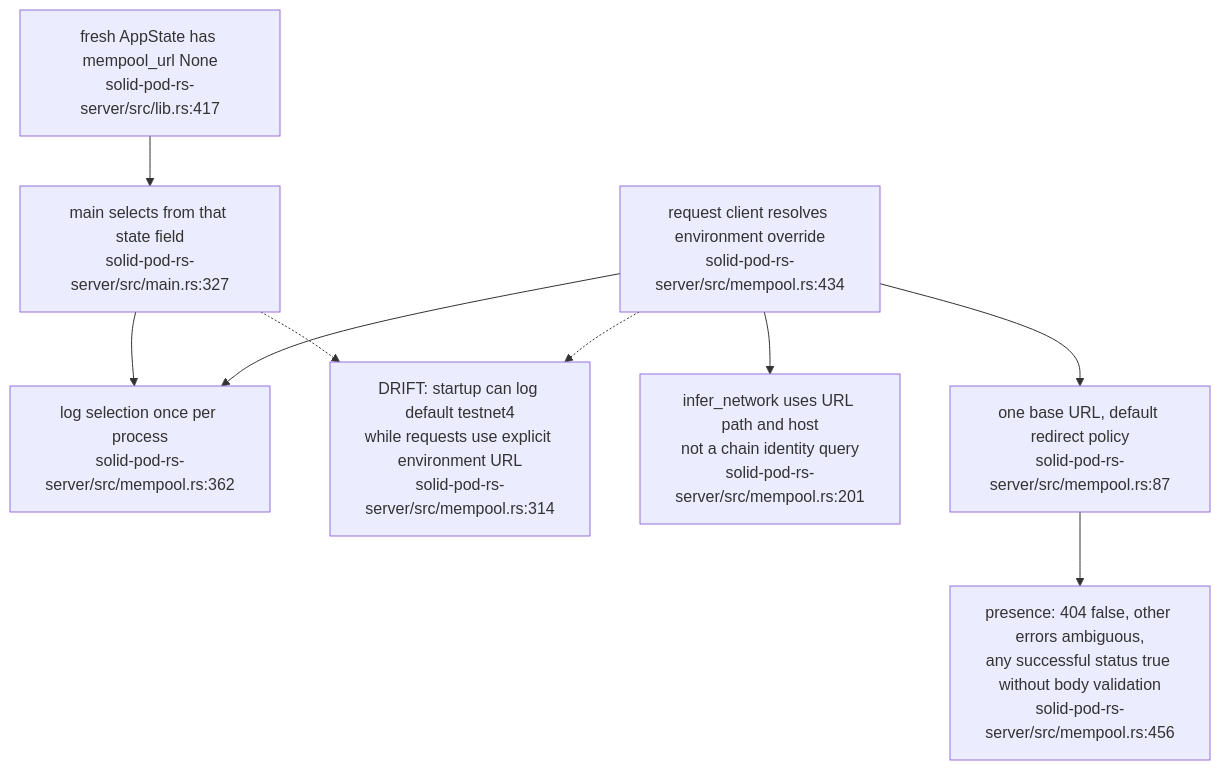
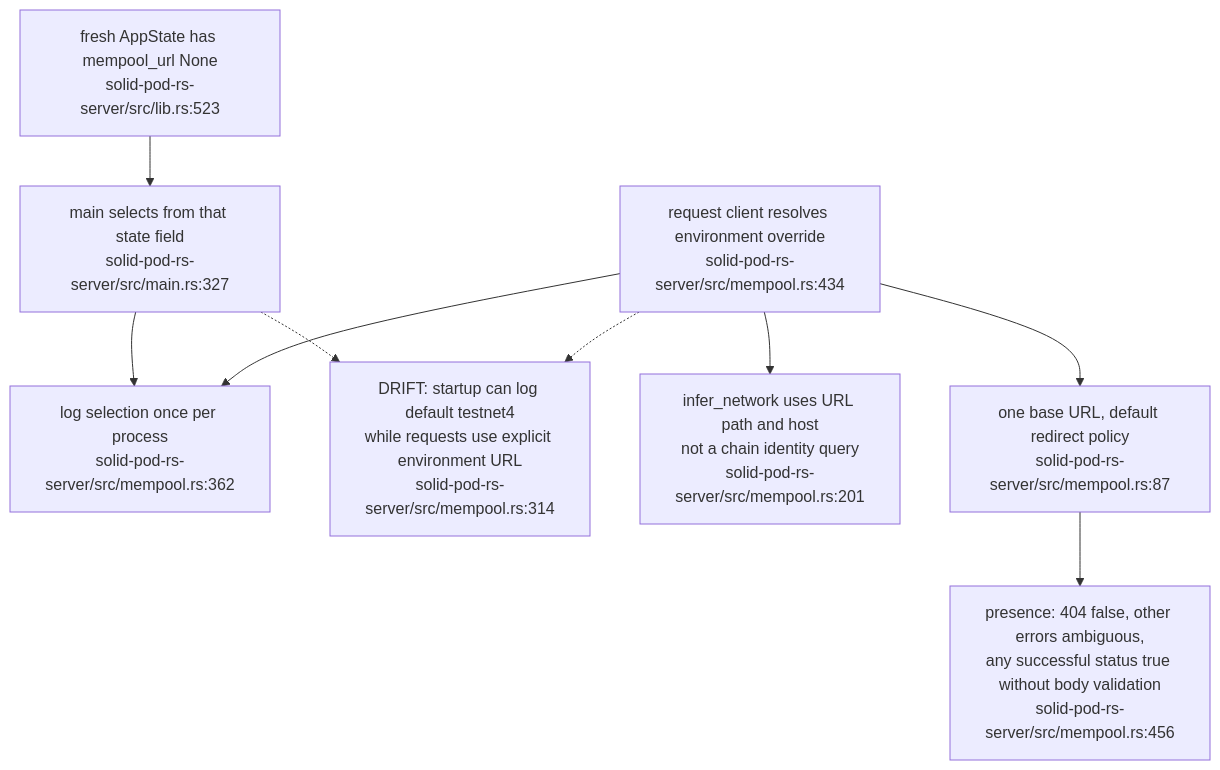
One commit to DreamLab-AI/VisionFlow changed the tenth of 19 diagrams in docs/diagrams/solid-pod-rs/07-provenance-and-payments.md. Above: the diagram before and after it, drawn with Mermaid. The commit also changed other lines of this file and 59 other files, not shown here.

First line of the commit message:
docs(diagrams): re-derive and re-stamp forum, website, pod, ontomark and sealmap topics

````diff
--- a/docs/diagrams/solid-pod-rs/07-provenance-and-payments.md
+++ b/docs/diagrams/solid-pod-rs/07-provenance-and-payments.md
@@ -295,17 +295,17 @@
 ```mermaid
 flowchart TD
-    STATE["fresh AppState has mempool_url None<br/>solid-pod-rs-server/src/lib.rs:417"]
+    STATE["fresh AppState has mempool_url None<br/>solid-pod-rs-server/src/lib.rs:523"]
     BOOT["main selects from that state field<br/>solid-pod-rs-server/src/main.rs:327"]
     LOG["log selection once per process<br/>solid-pod-rs-server/src/mempool.rs:362"]
     ENV["request client resolves environment override<br/>solid-pod-rs-server/src/mempool.rs:434"]
     DIFF["DRIFT: startup can log default testnet4<br/>while requests use explicit environment URL<br/>solid-pod-rs-server/src/mempool.rs:314"]
     INF["infer_network uses URL path and host<br/>not a chain identity query<br/>solid-pod-rs-server/src/mempool.rs:201"]
     HTTP["one base URL, default redirect policy<br/>solid-pod-rs-server/src/mempool.rs:87"]
     PRES["presence: 404 false, other errors ambiguous,<br/>any successful status true without body validation<br/>solid-pod-rs-server/src/mempool.rs:456"]
     STATE --> BOOT --> LOG
     ENV --> LOG
     BOOT -.-> DIFF
     ENV -.-> DIFF
     ENV --> INF
     ENV --> HTTP --> PRES
 ```
````
